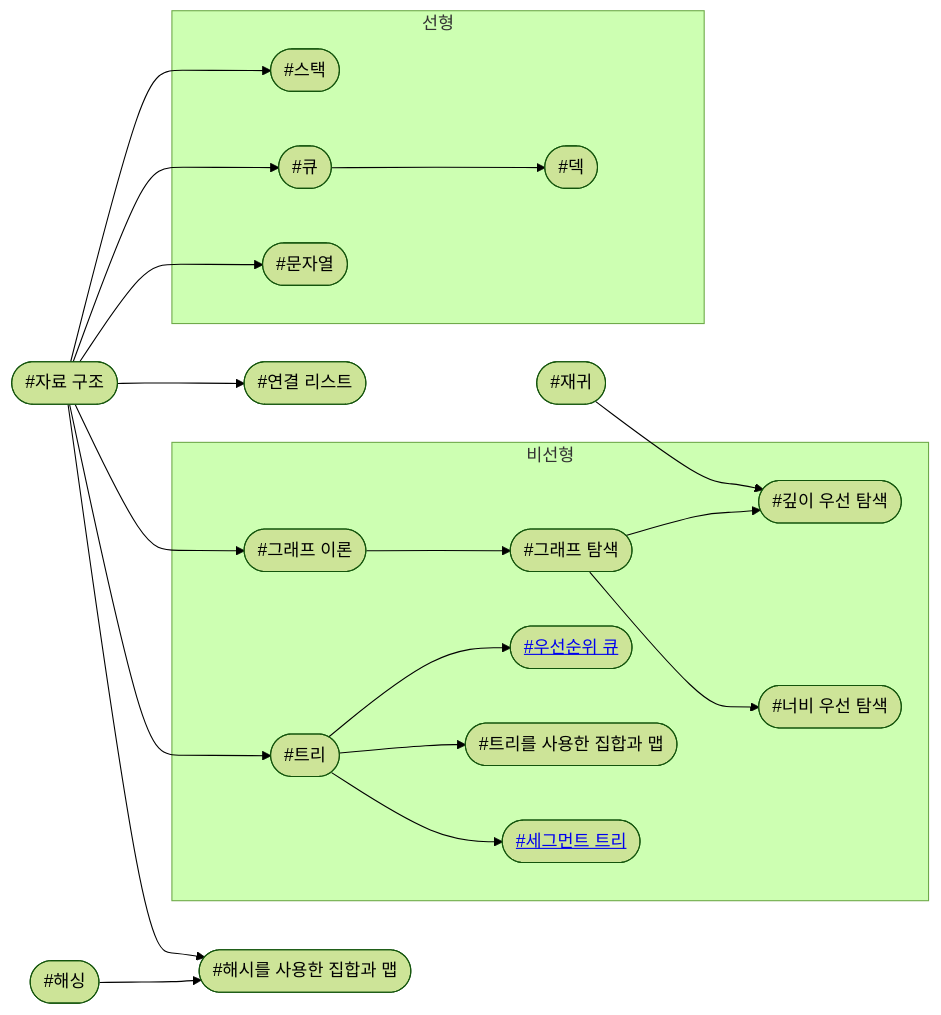
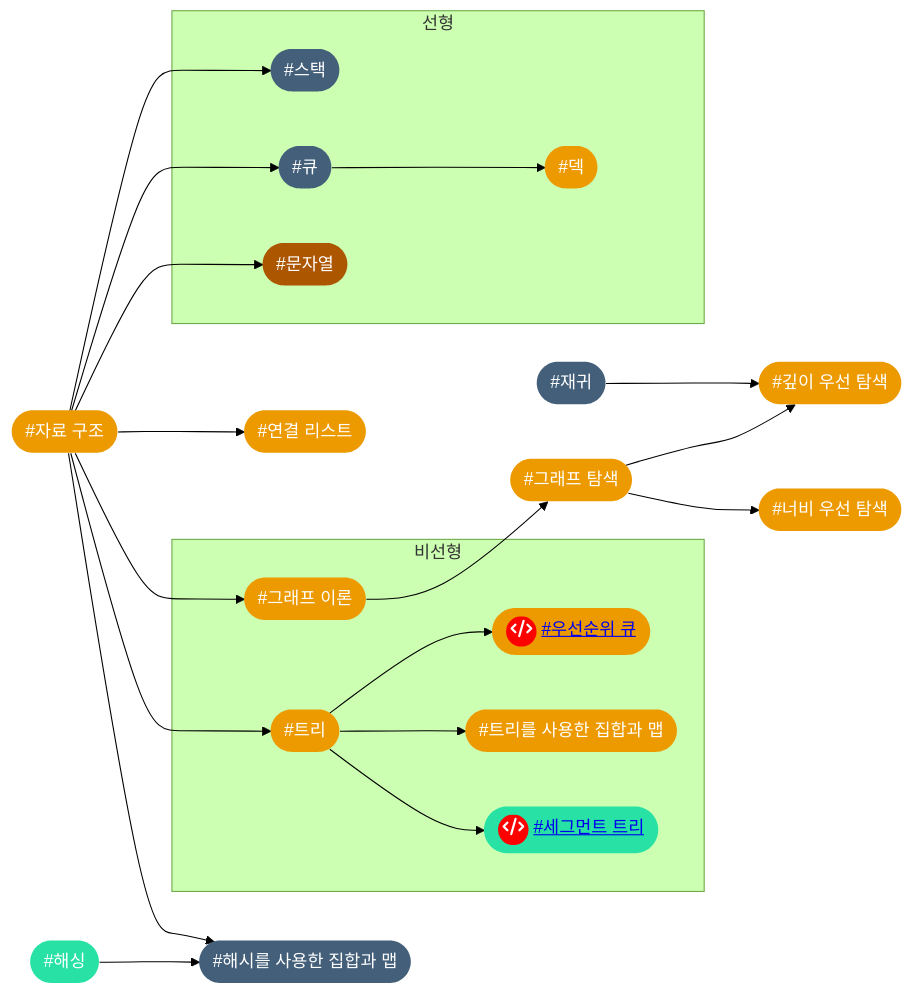
Before and after one commit to CHOYUNSIG/algorithm_with_boj: the second of 10 diagrams in index.md, drawn with Mermaid (forest theme). The commit also changed other lines of this file and 2 other files, not shown here.

```diff
--- a/index.md
+++ b/index.md
@@ -37,56 +53,60 @@
 <pre class="mermaid">
     graph LR
 
     #data_structures --> #stack
     #data_structures --> #queue
     #data_structures --> #string
     #queue --> #deque
     #data_structures --> #linked_list
     #data_structures --> #graphs
     #data_structures --> #trees
-    #data_structures --> #hash_set
-    #graphs --> #graph_traversal
     #trees --> #priority_queue
     #trees --> #tree_set
     #trees --> #segtree
+    #data_structures --> #hash_set
+    #graphs --> #graph_traversal
     #graph_traversal --> #dfs
     #graph_traversal --> #bfs
     #recursion --> #dfs
     #hashing --> #hash_set
 
     subgraph 선형
         #stack
         #queue
         #string
         #deque
     end
 
     subgraph 비선형
         #graphs
-        #graph_traversal
-        #dfs
-        #bfs
         #segtree
         #priority_queue
         #trees
         #tree_set
     end
 
-    #graphs(["#그래프 이론"])
-    #graph_traversal(["#그래프 탐색"])
-    #dfs(["#깊이 우선 탐색"])
-    #bfs(["#너비 우선 탐색"])
-    #deque(["#덱"])
-    #string(["#문자열"])
-    #segtree(["<a href="post/2024/01/11/segtree.html">#세그먼트 트리</a>"])
-    #stack(["#스택"])
-    #linked_list(["#연결 리스트"])
-    #priority_queue(["<a href="post/2024/01/15/priority_queue.html">#우선순위 큐</a>"])
-    #data_structures(["#자료 구조"])
-    #recursion(["#재귀"])
-    #queue(["#큐"])
-    #trees(["#트리"])
-    #tree_set(["#트리를 사용한 집합과 맵"])
-    #hash_set(["#해시를 사용한 집합과 맵"])
-    #hashing(["#해싱"])
+    #graphs(["#그래프 이론"]):::tier2
+    #graph_traversal(["#그래프 탐색"]):::tier2
+    #dfs(["#깊이 우선 탐색"]):::tier2
+    #bfs(["#너비 우선 탐색"]):::tier2
+    #deque(["#덱"]):::tier2
+    #string(["#문자열"]):::tier0
+    #segtree(["<span style="background-color: red; border-radius: 50%; display:inline-block; width:28px; height:28px">fa:fa-code</span> <a href="post/2024/01/11/segtree.html">#세그먼트 트리</a>"]):::tier3
+    #stack(["#스택"]):::tier1
+    #linked_list(["#연결 리스트"]):::tier2
+    #priority_queue(["<span style="background-color: red; border-radius: 50%; display:inline-block; width:28px; height:28px">fa:fa-code</span> <a href="post/2024/01/15/priority_queue.html">#우선순위 큐</a>"]):::tier2
+    #data_structures(["#자료 구조"]):::tier2
+    #recursion(["#재귀"]):::tier1
+    #queue(["#큐"]):::tier1
+    #trees(["#트리"]):::tier2
+    #tree_set(["#트리를 사용한 집합과 맵"]):::tier2
+    #hash_set(["#해시를 사용한 집합과 맵"]):::tier1
+    #hashing(["#해싱"]):::tier3
+
+    classDef tier0 fill:#ad5600, color:#fff, stroke:#0000
+    classDef tier1 fill:#435f7a, color:#fff, stroke:#0000
+    classDef tier2 fill:#ec9a00, color:#fff, stroke:#0000
+    classDef tier3 fill:#27e2a4, color:#fff, stroke:#0000
+    classDef tier4 fill:#00b4fc, color:#fff, stroke:#0000
+    classDef tier5 fill:#ff0062, color:#fff, stroke:#0000
 </pre>
```
